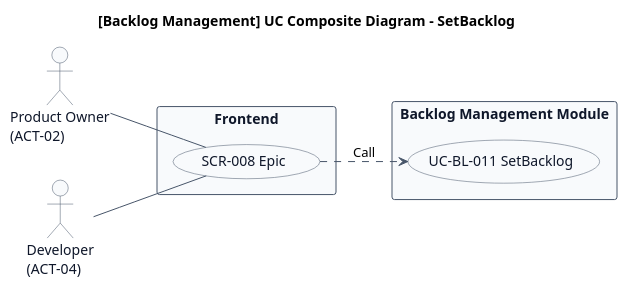
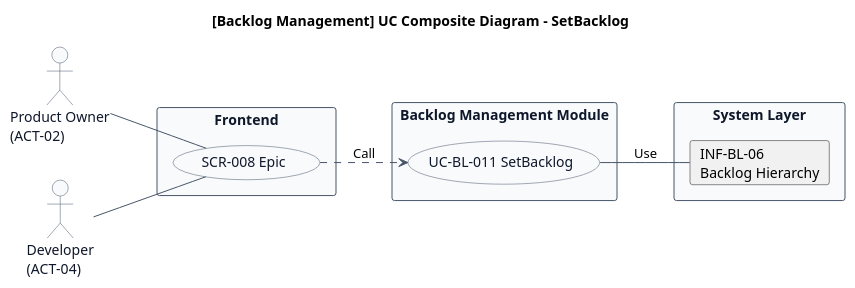
Before and after one commit to mizo432/modulith-learning: the first of 2 diagrams in docs/22 要件定義書/AG アジルーム/03 機能要件/AG-02 要求バックログ管理/03.システム境界/UC-BL-011 バックログ階層を設定する/UC複合図.md, drawn with PlantUML. The commit also changed other lines of this file and 209 other files, not shown here.

````diff
--- a/docs/22 要件定義書/AG アジルーム/03 機能要件/AG-02 要求バックログ管理/03.システム境界/UC-BL-011 バックログ階層を設定する/UC複合図.md
+++ b/docs/22 要件定義書/AG アジルーム/03 機能要件/AG-02 要求バックログ管理/03.システム境界/UC-BL-011 バックログ階層を設定する/UC複合図.md
@@ -11,38 +11,43 @@
 ```plantuml
 title [Backlog Management] UC Composite Diagram - SetBacklog
 left to right direction
 
 skinparam usecase {
   BackgroundColor #F8FAFC
   BorderColor #475569
   FontColor #0F172A
 }
 skinparam actor {
   BackgroundColor #F8FAFC
   BorderColor #475569
   FontColor #0F172A
 }
 skinparam rectangle {
   BackgroundColor #F8FAFC
   BorderColor #475569
   FontColor #0F172A
 }
 skinparam arrowColor #475569
 skinparam shadowing false
 
 actor "Product Owner\n(ACT-02)" as ACT1
 actor "Developer\n(ACT-04)" as ACT2
 
 rectangle "Frontend" {
   usecase "SCR-008 Epic" as SCR
 }
 
 rectangle "Backlog Management Module" {
   usecase "UC-BL-011 SetBacklog" as UC
 }
 
+rectangle "System Layer" {
+  card "INF-BL-06\nBacklog Hierarchy" as INF06
+}
+
 ACT1 -- SCR
 ACT2 -- SCR
 SCR ..> UC : Call
+UC -- INF06 : Use
 @enduml
 ```
````
